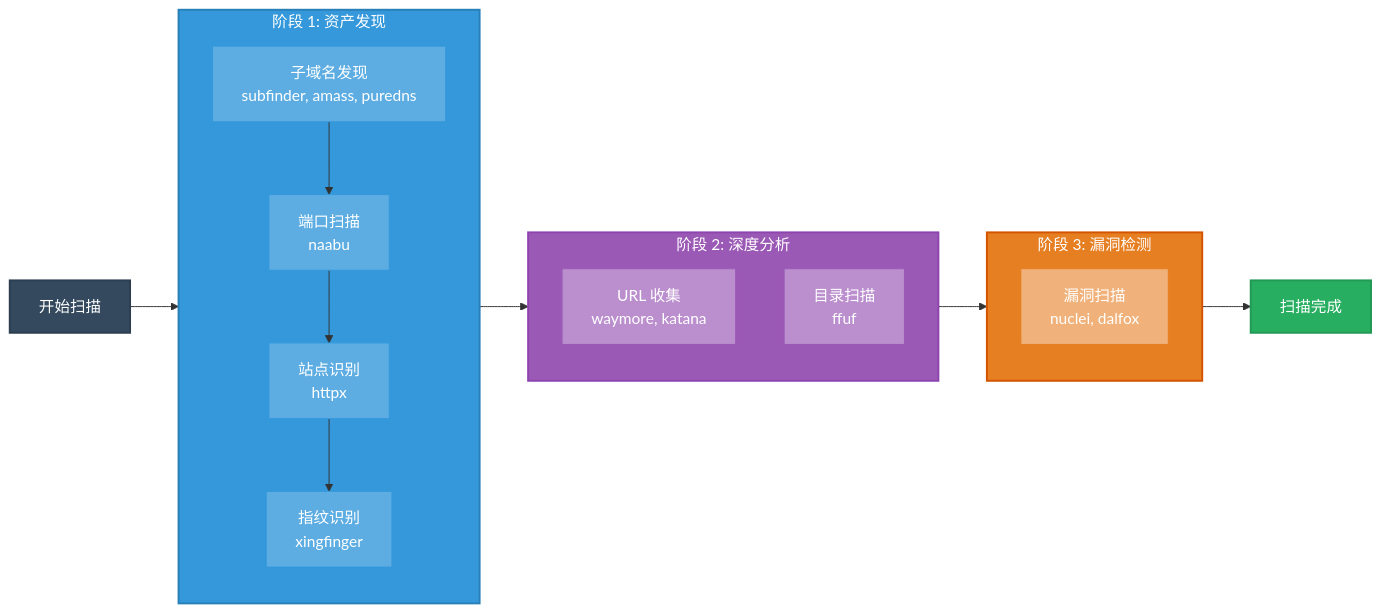
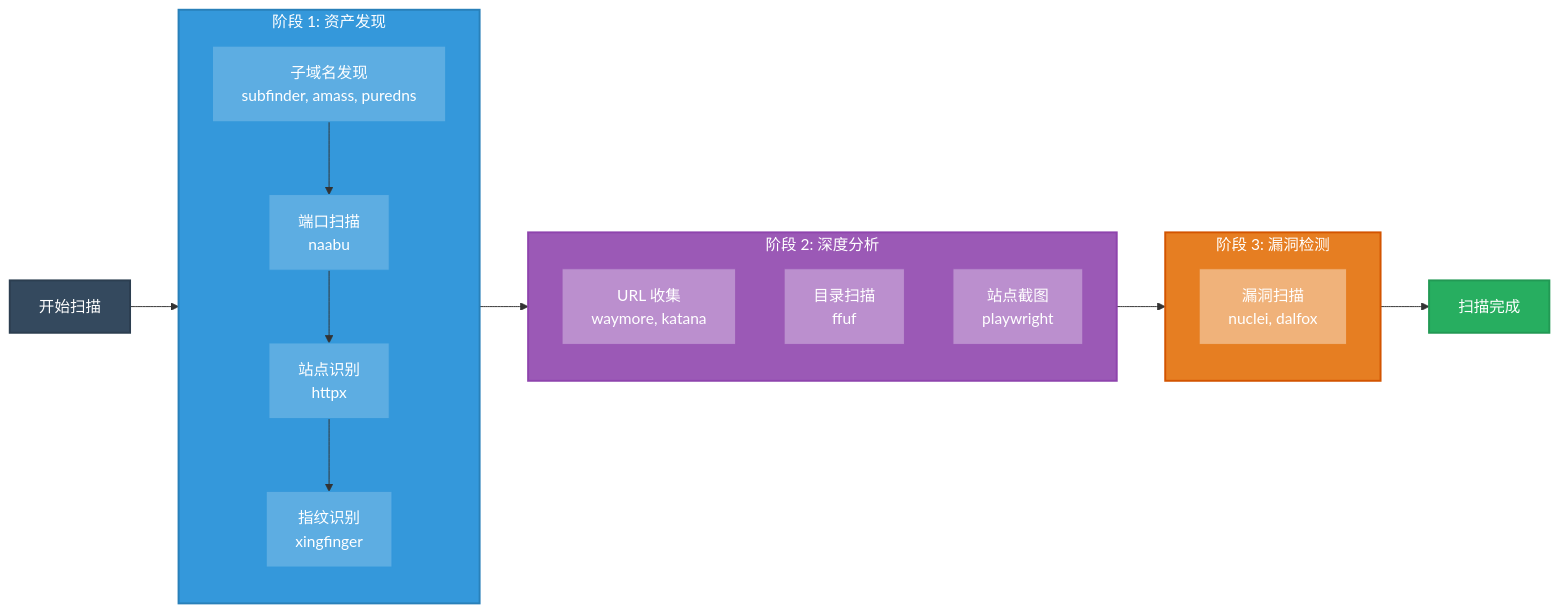
The first of 2 diagrams in README.md (offsoc/xingrin), drawn with Mermaid before and after one commit. The commit also changed other lines of this file and 4 other files, not shown here.

````diff
--- a/README.md
+++ b/README.md
@@ -87,43 +91,45 @@
 ```mermaid
 flowchart LR
     START["开始扫描"]
     
     subgraph STAGE1["阶段 1: 资产发现"]
         direction TB
         SUB["子域名发现<br/>subfinder, amass, puredns"]
         PORT["端口扫描<br/>naabu"]
         SITE["站点识别<br/>httpx"]
         FINGER["指纹识别<br/>xingfinger"]
         SUB --> PORT --> SITE --> FINGER
     end
     
     subgraph STAGE2["阶段 2: 深度分析"]
         direction TB
         URL["URL 收集<br/>waymore, katana"]
         DIR["目录扫描<br/>ffuf"]
+        SCREENSHOT["站点截图<br/>playwright"]
     end
     
     subgraph STAGE3["阶段 3: 漏洞检测"]
         VULN["漏洞扫描<br/>nuclei, dalfox"]
     end
     
     FINISH["扫描完成"]
     
     START --> STAGE1
     FINGER --> STAGE2
     STAGE2 --> STAGE3
     STAGE3 --> FINISH
     
     style START fill:#34495e,stroke:#2c3e50,stroke-width:2px,color:#fff
     style FINISH fill:#27ae60,stroke:#229954,stroke-width:2px,color:#fff
     style STAGE1 fill:#3498db,stroke:#2980b9,stroke-width:2px,color:#fff
     style STAGE2 fill:#9b59b6,stroke:#8e44ad,stroke-width:2px,color:#fff
     style STAGE3 fill:#e67e22,stroke:#d35400,stroke-width:2px,color:#fff
     style SUB fill:#5dade2,stroke:#3498db,stroke-width:1px,color:#fff
     style PORT fill:#5dade2,stroke:#3498db,stroke-width:1px,color:#fff
     style SITE fill:#5dade2,stroke:#3498db,stroke-width:1px,color:#fff
     style FINGER fill:#5dade2,stroke:#3498db,stroke-width:1px,color:#fff
     style URL fill:#bb8fce,stroke:#9b59b6,stroke-width:1px,color:#fff
     style DIR fill:#bb8fce,stroke:#9b59b6,stroke-width:1px,color:#fff
+    style SCREENSHOT fill:#bb8fce,stroke:#9b59b6,stroke-width:1px,color:#fff
     style VULN fill:#f0b27a,stroke:#e67e22,stroke-width:1px,color:#fff
 ```
````
